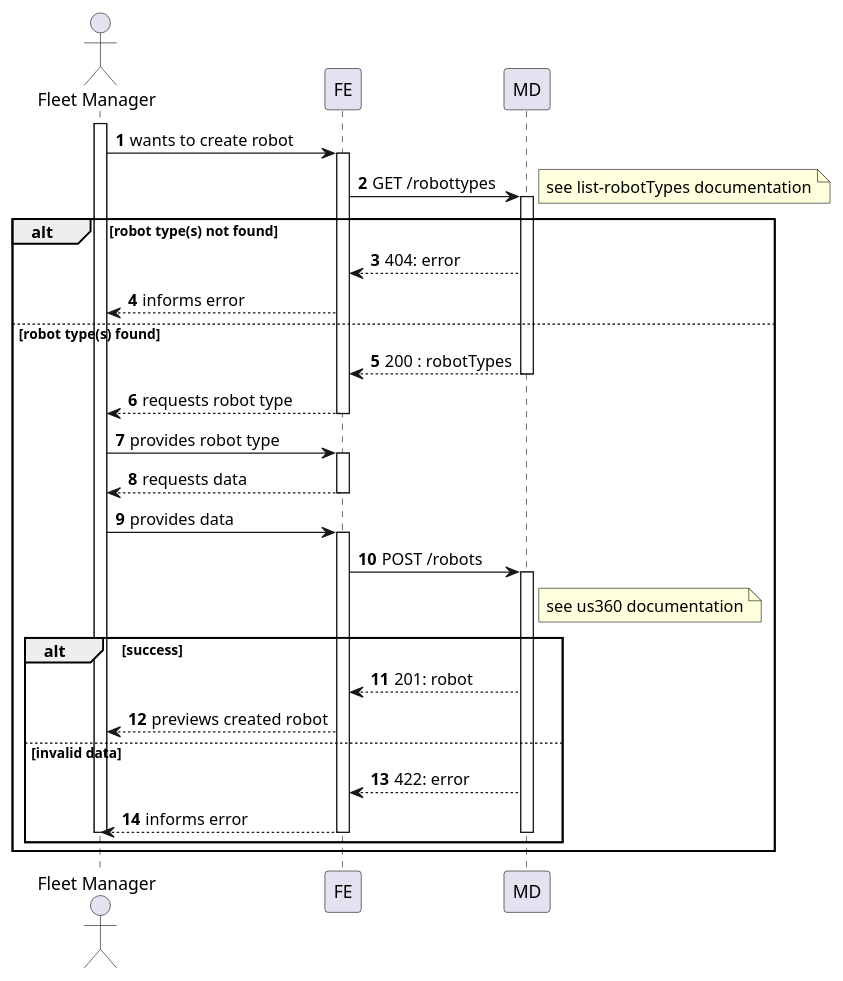
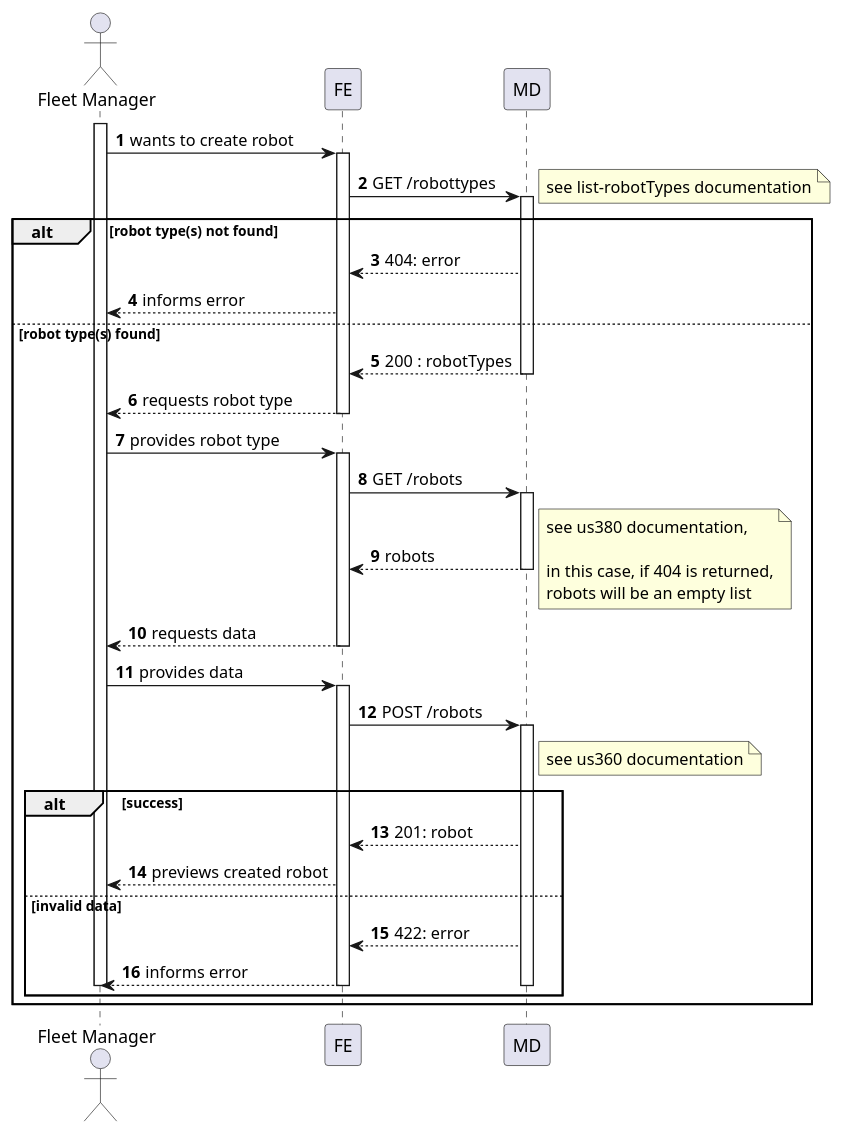
One commit to Departamento-de-Engenharia-Informatica/lapr5-23-24-g19 changed the diagram in docs/us1010/level2/process-view.puml. Above: the diagram before and after it, drawn with PlantUML. The commit also changed 1 other file, not shown here.

```diff
--- a/docs/us1010/level2/process-view.puml
+++ b/docs/us1010/level2/process-view.puml
@@ -1,49 +1,54 @@
 @startuml
 autonumber
 
 actor "Fleet Manager" as usr
 
 participant "FE" as ui
 
 participant "MD" as md
 
 activate usr
     usr -> ui : wants to create robot
     activate ui
         ui -> md : GET /robottypes
         activate md
         alt robot type(s) not found
         note right : see list-robotTypes documentation
             md --> ui : 404: error
             ui --> usr : informs error
         else robot type(s) found
             md --> ui : 200 : robotTypes
         deactivate md
         ui --> usr : requests robot type
     deactivate ui
 
     usr -> ui : provides robot type
     activate ui
+        ui -> md : GET /robots
+        activate md
+            md --> ui : robots
+            note right : see us380 documentation,\n\nin this case, if 404 is returned,\nrobots will be an empty list
+        deactivate md
         ui --> usr : requests data
     deactivate ui
 
     usr -> ui : provides data
     activate ui
         ui -> md : POST /robots
 
         activate md
         note right of md : see us360 documentation
         alt success
             md --> ui : 201: robot
             ui --> usr : previews created robot
         else invalid data
             md --> ui : 422: error
             ui --> usr : informs error
         deactivate md
 
     deactivate ui
 deactivate usr
 end
 end
 
 @enduml
```
